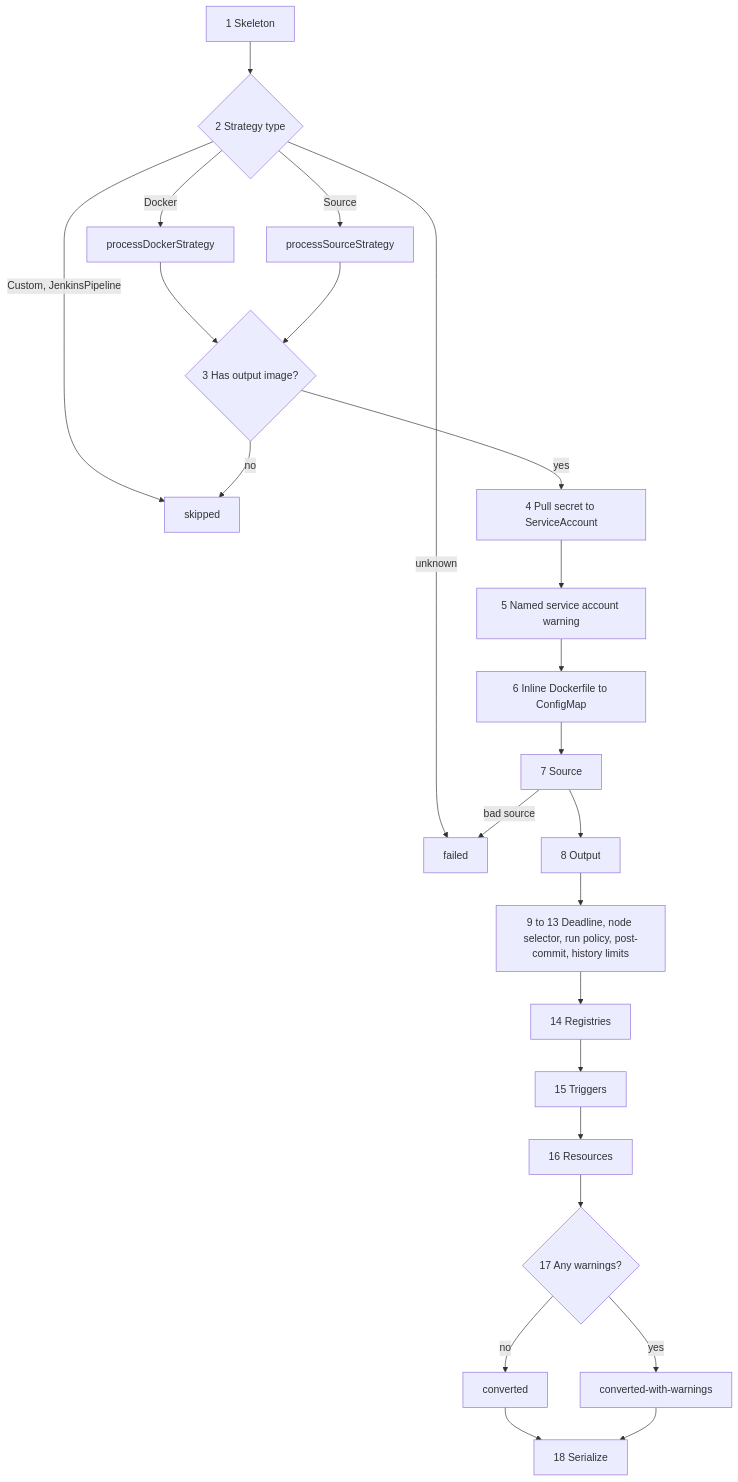
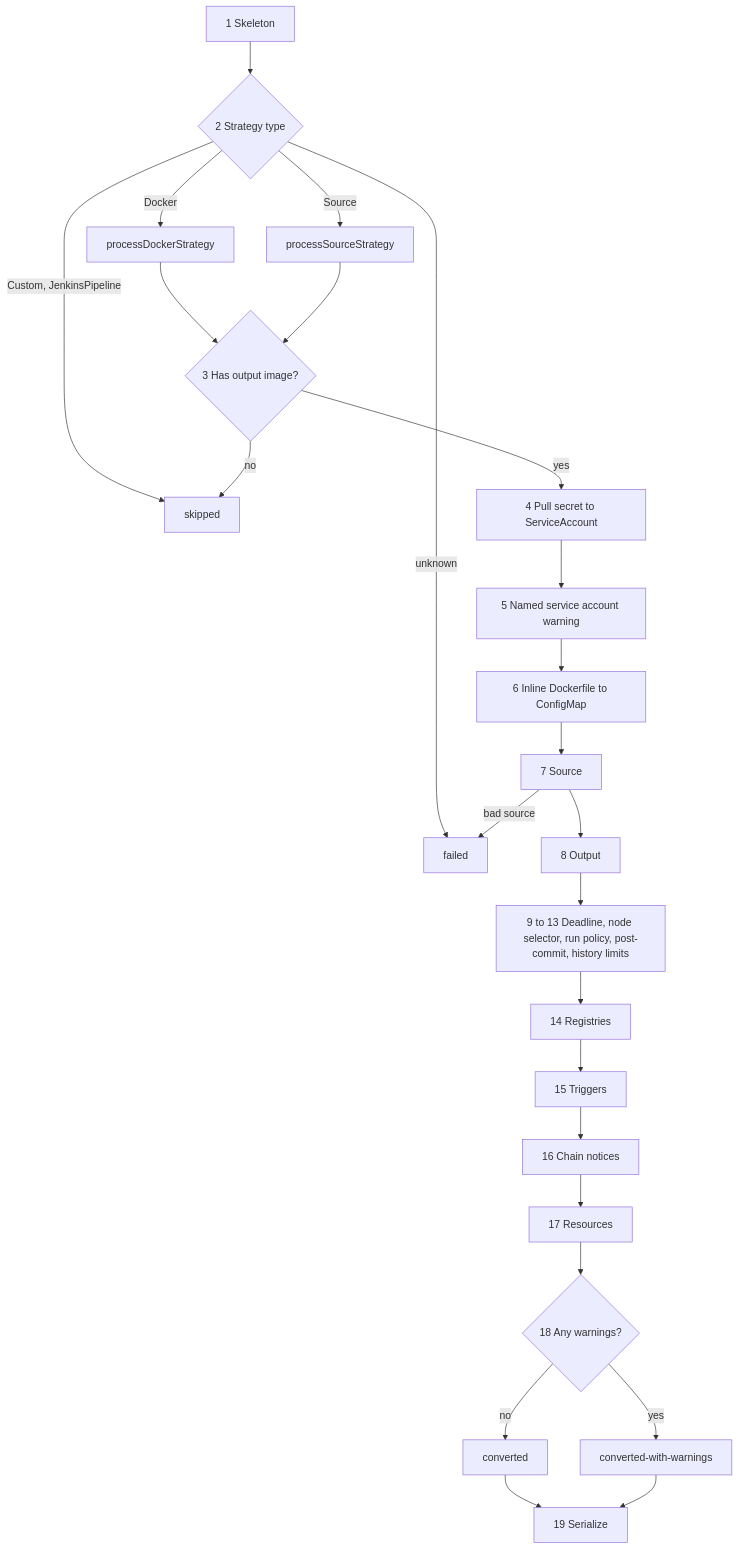
Before and after one commit to aufi/crane-plugin-buildconfig-to-shipwright: the second of 2 diagrams in docs/architecture.md, drawn with Mermaid. The commit also changed other lines of this file and 9 other files, not shown here.

````diff
--- a/docs/architecture.md
+++ b/docs/architecture.md
@@ -98,26 +99,27 @@
 ```mermaid
 flowchart TD
     S1[1 Skeleton] --> S2{2 Strategy type}
     S2 -- Custom, JenkinsPipeline --> SK[skipped]
     S2 -- unknown --> FA[failed]
     S2 -- Docker --> S2a[processDockerStrategy]
     S2 -- Source --> S2b[processSourceStrategy]
     S2a --> S3{3 Has output image?}
     S2b --> S3
     S3 -- no --> SK
     S3 -- yes --> S4[4 Pull secret to ServiceAccount]
     S4 --> S5[5 Named service account warning]
     S5 --> S6[6 Inline Dockerfile to ConfigMap]
     S6 --> S7[7 Source]
     S7 -- bad source --> FA
     S7 --> S8[8 Output]
     S8 --> S9[9 to 13 Deadline, node selector, run policy, post-commit, history limits]
     S9 --> S14[14 Registries]
     S14 --> S15[15 Triggers]
-    S15 --> S16[16 Resources]
-    S16 --> S17{17 Any warnings?}
-    S17 -- no --> C1[converted]
-    S17 -- yes --> C2[converted-with-warnings]
-    C1 --> S18[18 Serialize]
-    C2 --> S18
+    S15 --> S16[16 Chain notices]
+    S16 --> S17[17 Resources]
+    S17 --> S18{18 Any warnings?}
+    S18 -- no --> C1[converted]
+    S18 -- yes --> C2[converted-with-warnings]
+    C1 --> S19[19 Serialize]
+    C2 --> S19
 ```
````
